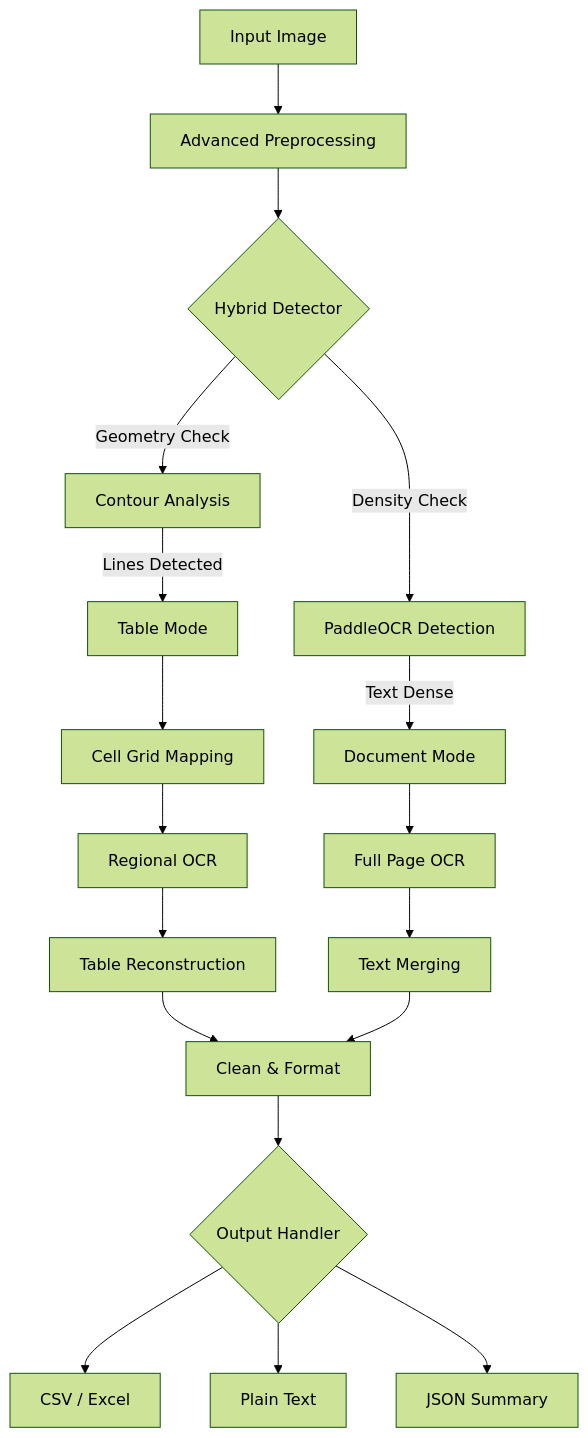
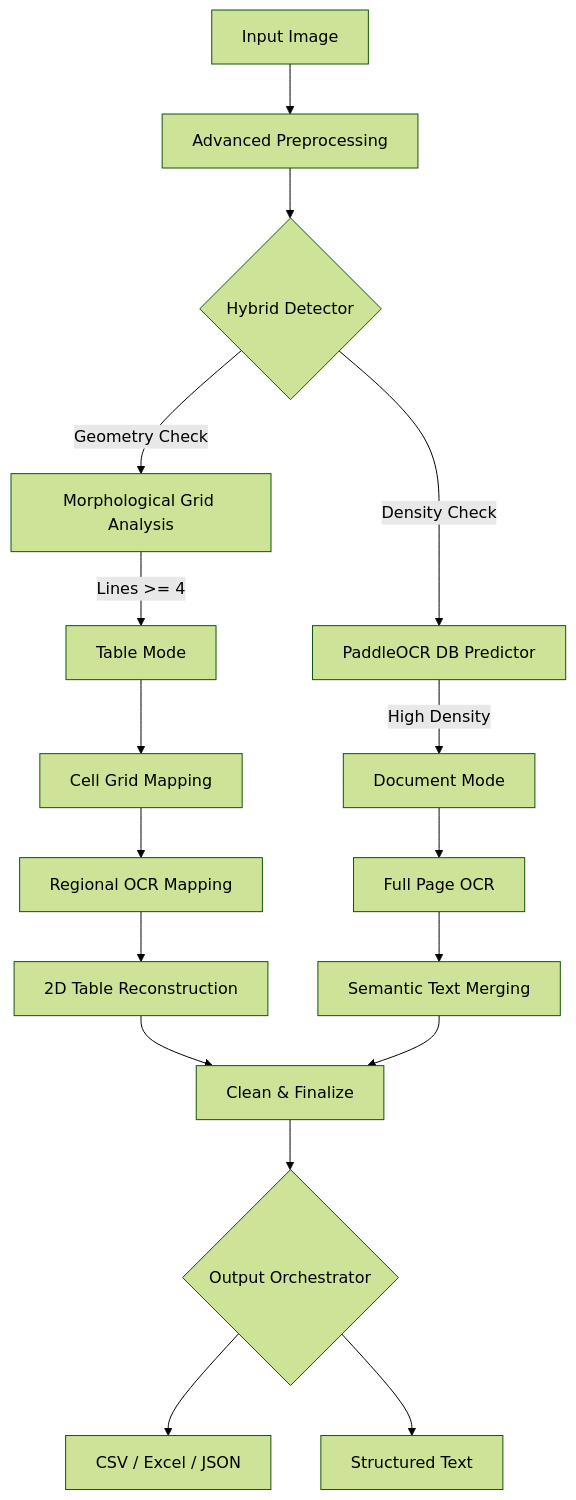
Before and after one commit to Aksh8t/OCR-YOLO: the diagram in README.md, drawn with Mermaid (forest theme). The commit also changed other lines of this file and 2 other files, not shown here.

Commit message:
feat: implement structured logging and modernize pipeline orchestration logic

````diff
--- a/README.md
+++ b/README.md
@@ -16,26 +18,25 @@
 ```mermaid
 graph TD
     A[Input Image] --> B[Advanced Preprocessing]
     B --> C{Hybrid Detector}
     
-    C -->|Geometry Check| D[Contour Analysis]
-    C -->|Density Check| E[PaddleOCR Detection]
+    C -->|Geometry Check| D[Morphological Grid Analysis]
+    C -->|Density Check| E[PaddleOCR DB Predictor]
     
-    D -->|Lines Detected| F[Table Mode]
-    E -->|Text Dense| G[Document Mode]
+    D -->|Lines >= 4| F[Table Mode]
+    E -->|High Density| G[Document Mode]
     
     F --> H[Cell Grid Mapping]
-    H --> I[Regional OCR]
-    I --> J[Table Reconstruction]
+    H --> I[Regional OCR Mapping]
+    I --> J[2D Table Reconstruction]
     
     G --> K[Full Page OCR]
-    K --> L[Text Merging]
+    K --> L[Semantic Text Merging]
     
-    J --> M[Clean & Format]
+    J --> M[Clean & Finalize]
     L --> M
     
-    M --> N{Output Handler}
-    N --> O[CSV / Excel]
-    N --> P[Plain Text]
-    N --> Q[JSON Summary]
+    M --> N{Output Orchestrator}
+    N --> O[CSV / Excel / JSON]
+    N --> P[Structured Text]
 ```
````
